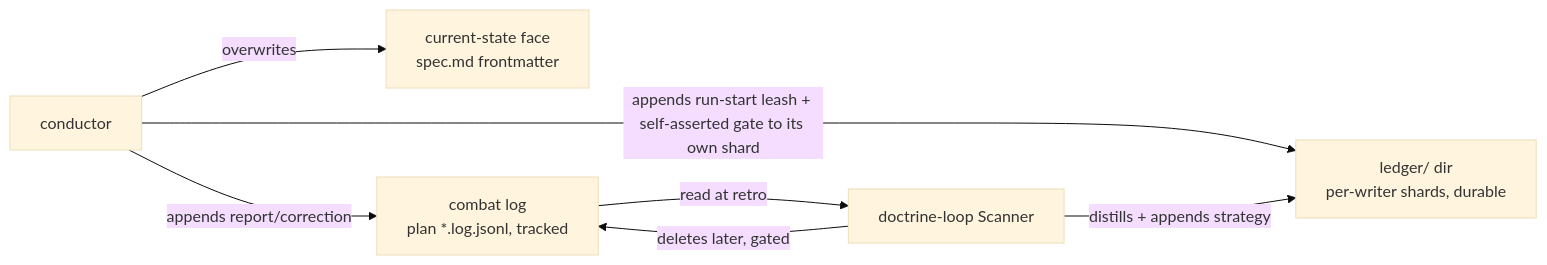
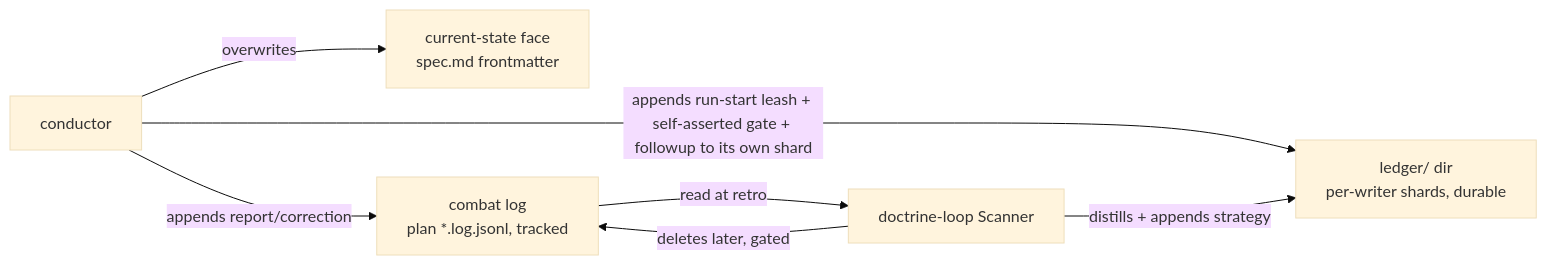
The diagram in .agents/specs/sdd/design/provenance-model.md (cyberuni/cyber-sdd), drawn with Mermaid (base theme) before and after one commit. The commit also changed other lines of this file and 3 other files, not shown here.

````diff
--- a/.agents/specs/sdd/design/provenance-model.md
+++ b/.agents/specs/sdd/design/provenance-model.md
@@ -126,9 +126,9 @@
 ```mermaid
 flowchart LR
   disp[conductor] -->|overwrites| state[current-state face<br/>spec.md frontmatter]
   disp -->|appends report/correction| clog[combat log<br/>plan *.log.jsonl, tracked]
-  disp -->|appends run-start leash + self-asserted gate to its own shard| ledger[ledger/ dir<br/>per-writer shards, durable]
+  disp -->|appends run-start leash + self-asserted gate + followup to its own shard| ledger[ledger/ dir<br/>per-writer shards, durable]
   clog -->|read at retro| scanner[doctrine-loop Scanner]
   scanner -->|distills + appends strategy| ledger
   scanner -->|deletes later, gated| clog
 ```
````
